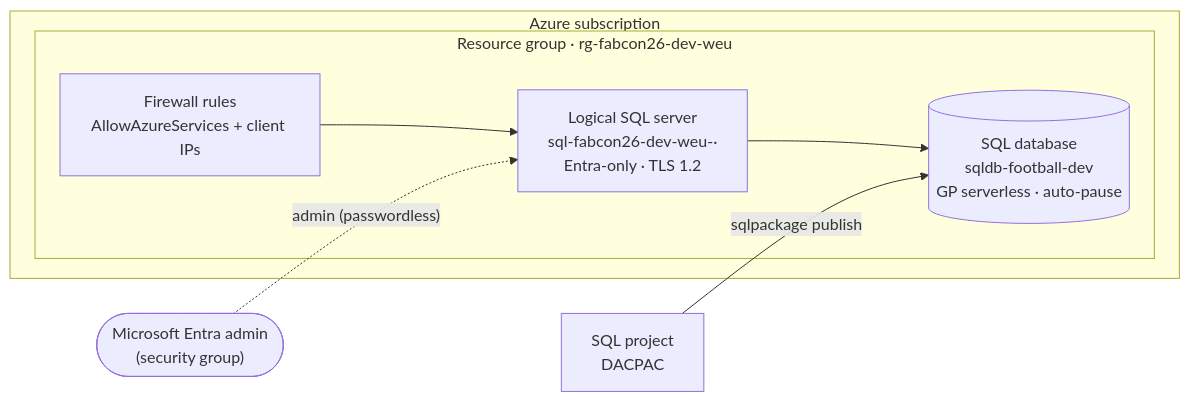
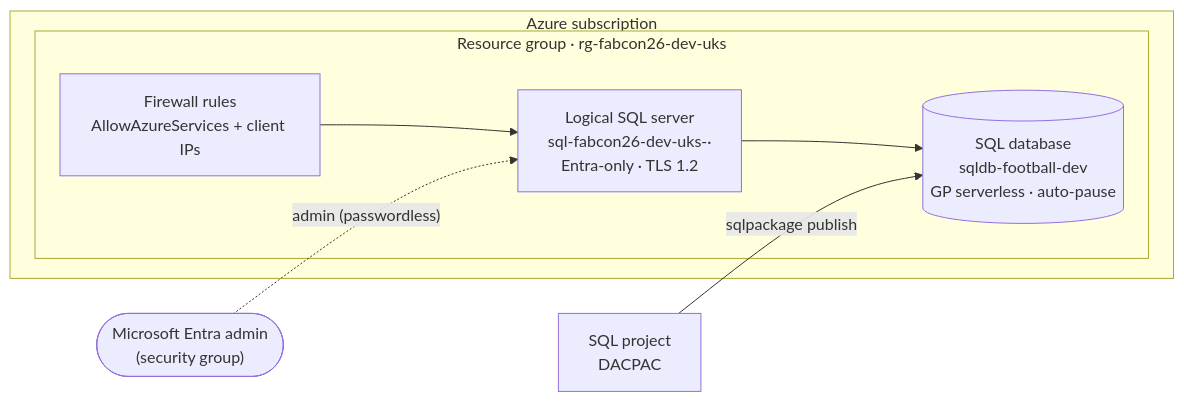
The diagram in docs/infra/azure-sql.md (ReCyberist/FabConEU_2026_workshop), drawn with Mermaid before and after one commit. The commit also changed other lines of this file and 17 other files, not shown here.

````diff
--- a/docs/infra/azure-sql.md
+++ b/docs/infra/azure-sql.md
@@ -21,18 +21,18 @@
 ```mermaid
 flowchart LR
     Entra(["Microsoft Entra admin<br/>(security group)"])
     DACPAC["SQL project<br/>DACPAC"]
 
     subgraph SUB["Azure subscription"]
-        subgraph RG["Resource group · rg-fabcon26-dev-weu"]
+        subgraph RG["Resource group · rg-fabcon26-dev-uks"]
             FW["Firewall rules<br/>AllowAzureServices + client IPs"]
-            SRV["Logical SQL server<br/>sql-fabcon26-dev-weu-·<br/>Entra-only · TLS 1.2"]
+            SRV["Logical SQL server<br/>sql-fabcon26-dev-uks-·<br/>Entra-only · TLS 1.2"]
             DB[("SQL database<br/>sqldb-football-dev<br/>GP serverless · auto-pause")]
             FW --> SRV
             SRV --> DB
         end
     end
 
     Entra -. "admin (passwordless)" .-> SRV
     DACPAC -- "sqlpackage publish" --> DB
 ```
````
